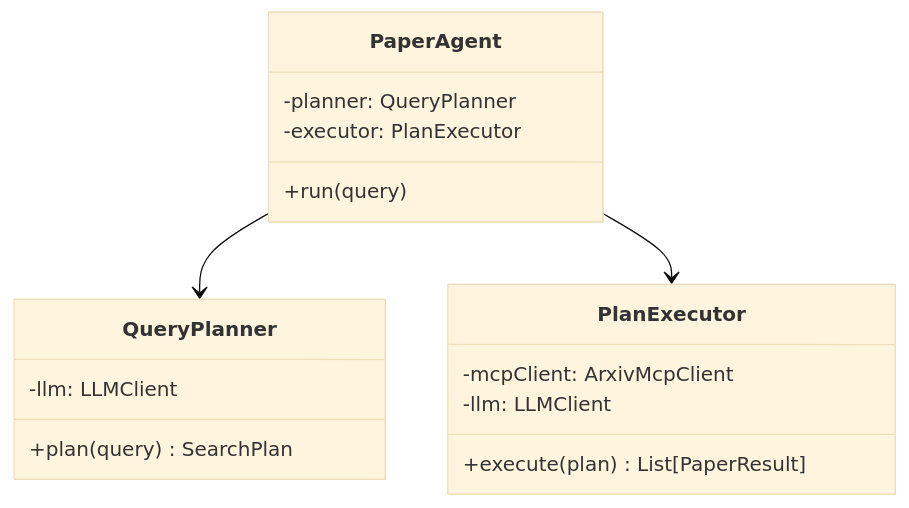
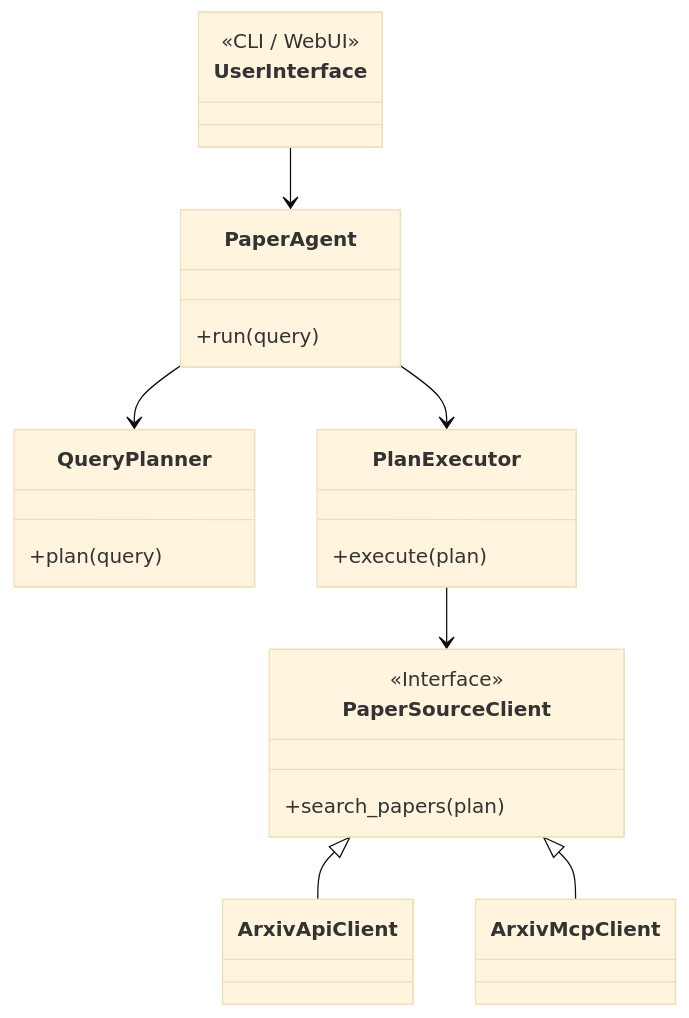
The diagram in README.md (amaner/summx), drawn with Mermaid (base theme) before and after one commit. The commit also changed other lines of this file and 19 other files, not shown here.

First line of the commit message:
feat: simplify README to focus on core features and architecture

````diff
--- a/README.md
+++ b/README.md
@@ -483,22 +26,33 @@
 ```mermaid
 classDiagram
+    class UserInterface {
+        <<CLI / WebUI>>
+    }
+
     class PaperAgent {
         +run(query)
-        -planner: QueryPlanner
-        -executor: PlanExecutor
     }
 
     class QueryPlanner {
-        +plan(query) SearchPlan
-        -llm: LLMClient
+        +plan(query)
     }
 
     class PlanExecutor {
-        +execute(plan) List[PaperResult]
-        -mcpClient: ArxivMcpClient
-        -llm: LLMClient
+        +execute(plan)
     }
 
+    class PaperSourceClient {
+        <<Interface>>
+        +search_papers(plan)
+    }
+
+    class ArxivApiClient
+    class ArxivMcpClient
+
+    UserInterface --> PaperAgent
     PaperAgent --> QueryPlanner
     PaperAgent --> PlanExecutor
+    PlanExecutor --> PaperSourceClient
+    PaperSourceClient <|-- ArxivApiClient
+    PaperSourceClient <|-- ArxivMcpClient
 ```
````
